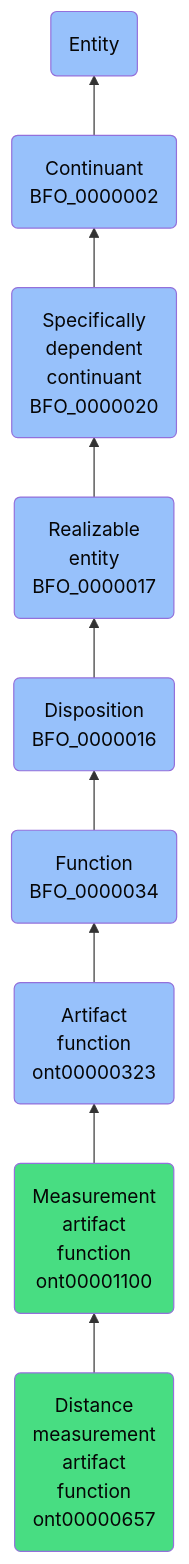
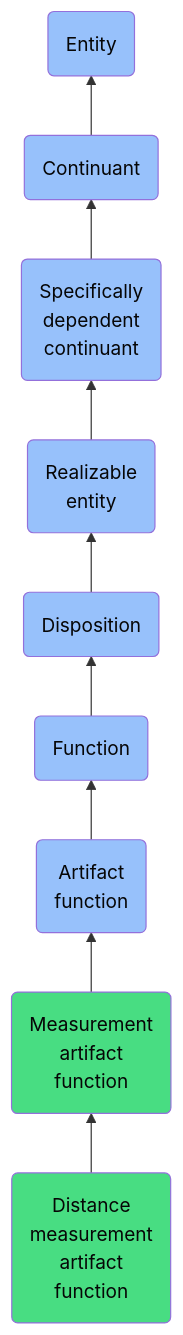
Before and after one commit to jupyter-naas/abi: the diagram in docs/ontology/reference/model/Entity/Continuant/Specifically dependent continuant/Realizable entity/Disposition/Function/Artifact function/Measurement artifact function/Distance measurement artifact function/Distance measurement artifact function.md, drawn with Mermaid. The commit also changed other lines of this file and 1430 other files, not shown here.

````diff
--- a/docs/ontology/reference/model/Entity/Continuant/Specifically dependent continuant/Realizable entity/Disposition/Function/Artifact function/Measurement artifact function/Distance measurement artifact function/Distance measurement artifact function.md
+++ b/docs/ontology/reference/model/Entity/Continuant/Specifically dependent continuant/Realizable entity/Disposition/Function/Artifact function/Measurement artifact function/Distance measurement artifact function/Distance measurement artifact function.md
@@ -24,16 +24,16 @@
 ```mermaid
 graph BT
-    ont00000657(Distance<br>measurement<br>artifact<br>function<br>ont00000657):::ABI-->ont00001100
-    ont00001100(Measurement<br>artifact<br>function<br>ont00001100):::ABI-->ont00000323
-    ont00000323(Artifact<br>function<br>ont00000323):::BFO-->BFO_0000034
-    BFO_0000034(Function<br>BFO_0000034):::BFO-->BFO_0000016
-    BFO_0000016(Disposition<br>BFO_0000016):::BFO-->BFO_0000017
-    BFO_0000017(Realizable<br>entity<br>BFO_0000017):::BFO-->BFO_0000020
-    BFO_0000020(Specifically<br>dependent<br>continuant<br>BFO_0000020):::BFO-->BFO_0000002
-    BFO_0000002(Continuant<br>BFO_0000002):::BFO-->BFO_0000001
+    ont00000657(Distance<br>measurement<br>artifact<br>function):::ABI-->ont00001100
+    ont00001100(Measurement<br>artifact<br>function):::ABI-->ont00000323
+    ont00000323(Artifact<br>function):::BFO-->BFO_0000034
+    BFO_0000034(Function):::BFO-->BFO_0000016
+    BFO_0000016(Disposition):::BFO-->BFO_0000017
+    BFO_0000017(Realizable<br>entity):::BFO-->BFO_0000020
+    BFO_0000020(Specifically<br>dependent<br>continuant):::BFO-->BFO_0000002
+    BFO_0000002(Continuant):::BFO-->BFO_0000001
     BFO_0000001(Entity):::BFO
     
     classDef BFO fill:#97c1fb,color:#060606
     classDef CCO fill:#e4c51e,color:#060606
     classDef ABI fill:#48DD82,color:#060606
 ```
````
